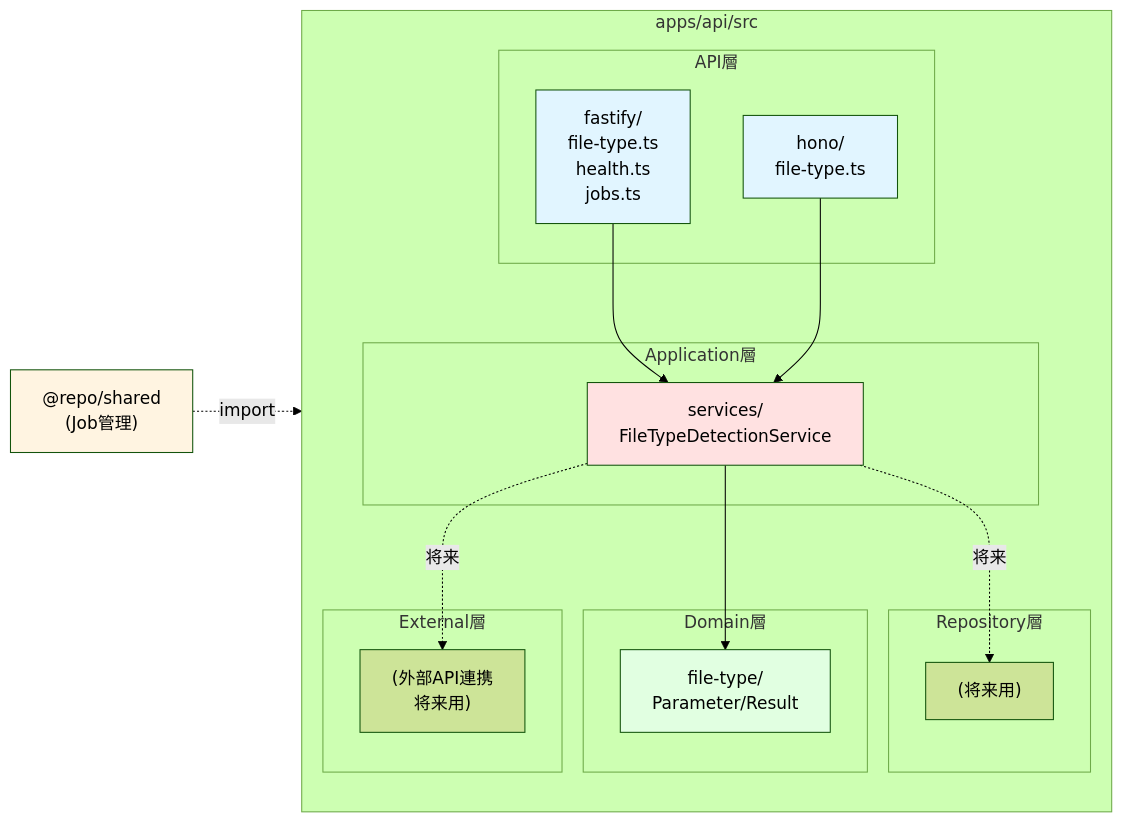
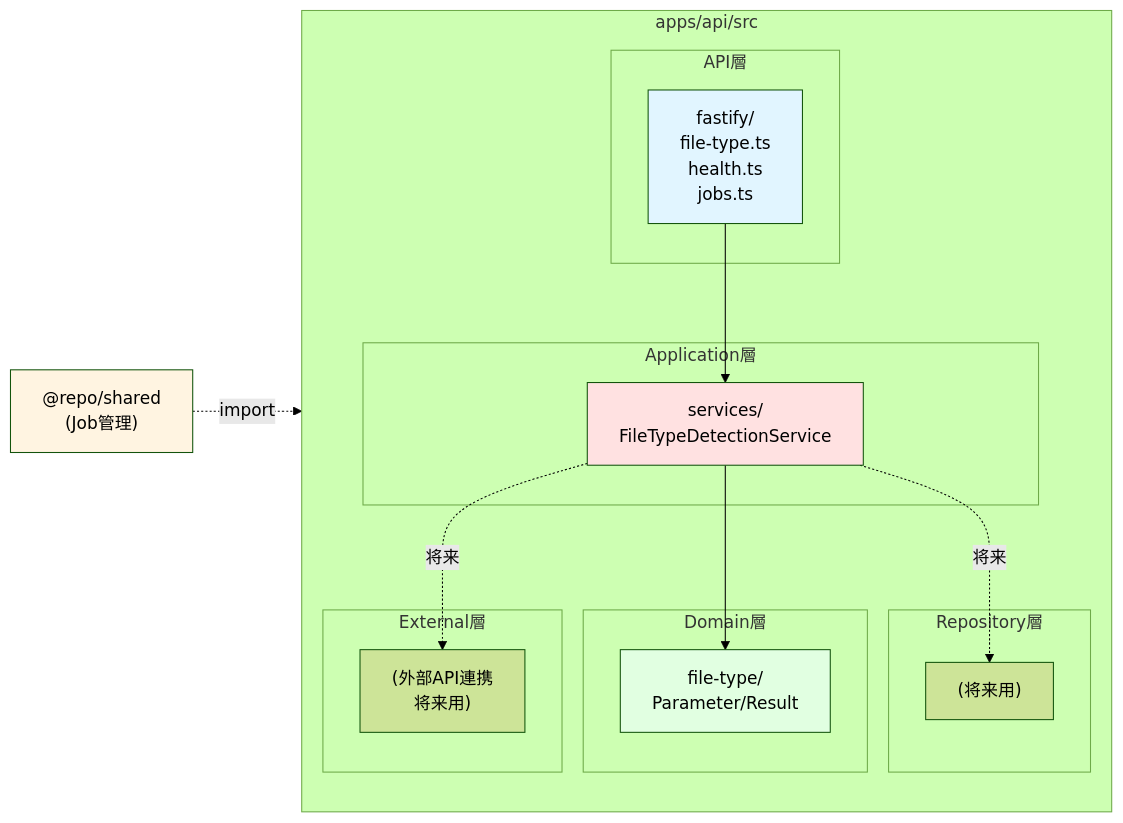
Before and after one commit to hi-time/mono-repo-sample: the third of 3 diagrams in README.md, drawn with Mermaid (forest theme). The commit also changed other lines of this file and 4 other files, not shown here.

````diff
--- a/README.md
+++ b/README.md
@@ -313,41 +303,38 @@
 ```mermaid
 graph LR
     subgraph "apps/api/src"
         direction TB
         
         subgraph "API層"
             F["fastify/<br/>file-type.ts<br/>health.ts<br/>jobs.ts"]
-            H["hono/<br/>file-type.ts"]
         end
         
         subgraph "Application層"
             S["services/<br/>FileTypeDetectionService"]
         end
         
         subgraph "Domain層"
             D["file-type/<br/>Parameter/Result"]
         end
         
         subgraph "Repository層"
             R["(将来用)"] 
         end
         
         subgraph "External層"
             E["(外部API連携<br/>将来用)"]
         end
         
         F --> S
-        H --> S
         S --> D
         S -.->|将来| R
         S -.->|将来| E
     end
     
     SHARED["@repo/shared<br/>(Job管理)"] -.->|import| F
     
     style F fill:#e1f5ff
-    style H fill:#e1f5ff
     style S fill:#ffe1e1
     style D fill:#e1ffe1
     style SHARED fill:#fff4e1
 ```
````
